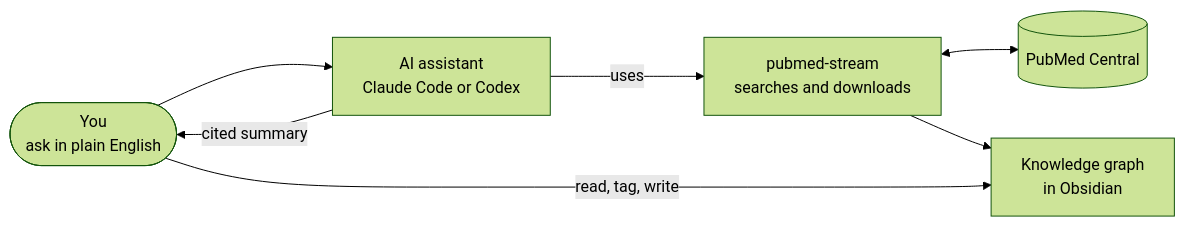
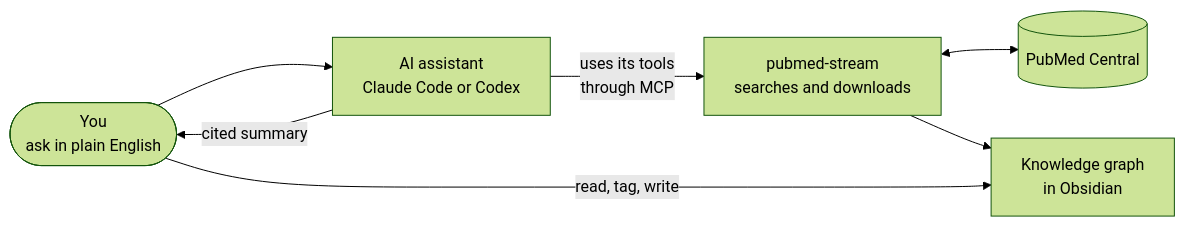
One commit to melhzy/pubmed-stream changed the diagram in tutorials/07_ai_assistant.md. Above: the diagram before and after it, drawn with Mermaid (forest theme). The commit also changed other lines of this file and 11 other files, not shown here.

First line of the commit message:
docs: how pubmed-stream connects to Claude Code, Codex and Gemini CLI

````diff
--- a/tutorials/07_ai_assistant.md
+++ b/tutorials/07_ai_assistant.md
@@ -52,9 +53,9 @@
 ```mermaid
 flowchart LR
     Y(["You<br/>ask in plain English"]) --> A["AI assistant<br/>Claude Code or Codex"]
-    A -->|"uses"| P["pubmed-stream<br/>searches and downloads"]
+    A -->|"uses its tools<br/>through MCP"| P["pubmed-stream<br/>searches and downloads"]
     P <--> N[("PubMed Central")]
     P --> K["Knowledge graph<br/>in Obsidian"]
     A -->|"cited summary"| Y
     Y -->|"read, tag, write"| K
 ```
````
